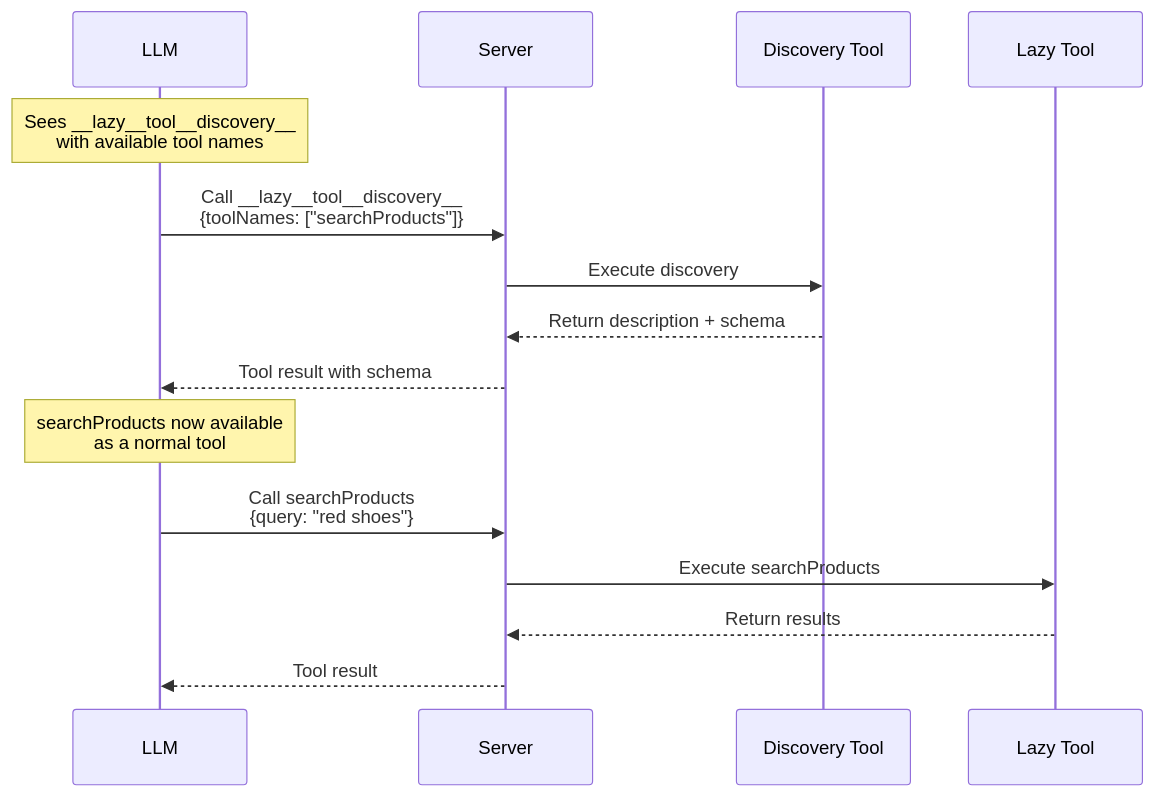
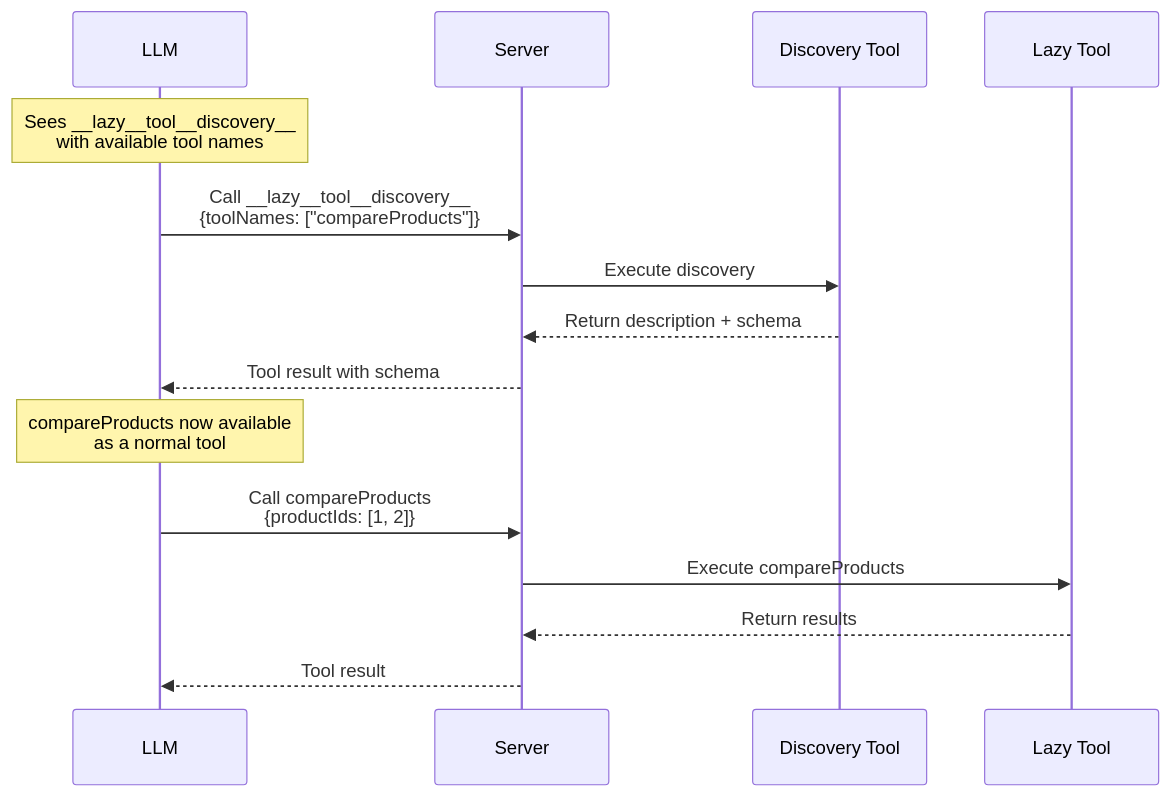
One commit to TanStack/ai changed the diagram in docs/tools/lazy-tool-discovery.md. Above: the diagram before and after it, drawn with Mermaid. The commit also changed other lines of this file and 253 other files, not shown here.

````diff
--- a/docs/tools/lazy-tool-discovery.md
+++ b/docs/tools/lazy-tool-discovery.md
@@ -24,21 +113,21 @@
 ```mermaid
 sequenceDiagram
     participant LLM
     participant Server
     participant Discovery Tool
     participant Lazy Tool
 
     Note over LLM: Sees __lazy__tool__discovery__<br/>with available tool names
 
-    LLM->>Server: Call __lazy__tool__discovery__<br/>{toolNames: ["searchProducts"]}
+    LLM->>Server: Call __lazy__tool__discovery__<br/>{toolNames: ["compareProducts"]}
     Server->>Discovery Tool: Execute discovery
     Discovery Tool-->>Server: Return description + schema
     Server-->>LLM: Tool result with schema
 
-    Note over LLM: searchProducts now available<br/>as a normal tool
+    Note over LLM: compareProducts now available<br/>as a normal tool
 
-    LLM->>Server: Call searchProducts<br/>{query: "red shoes"}
-    Server->>Lazy Tool: Execute searchProducts
+    LLM->>Server: Call compareProducts<br/>{productIds: [1, 2]}
+    Server->>Lazy Tool: Execute compareProducts
     Lazy Tool-->>Server: Return results
     Server-->>LLM: Tool result
 ```
````
